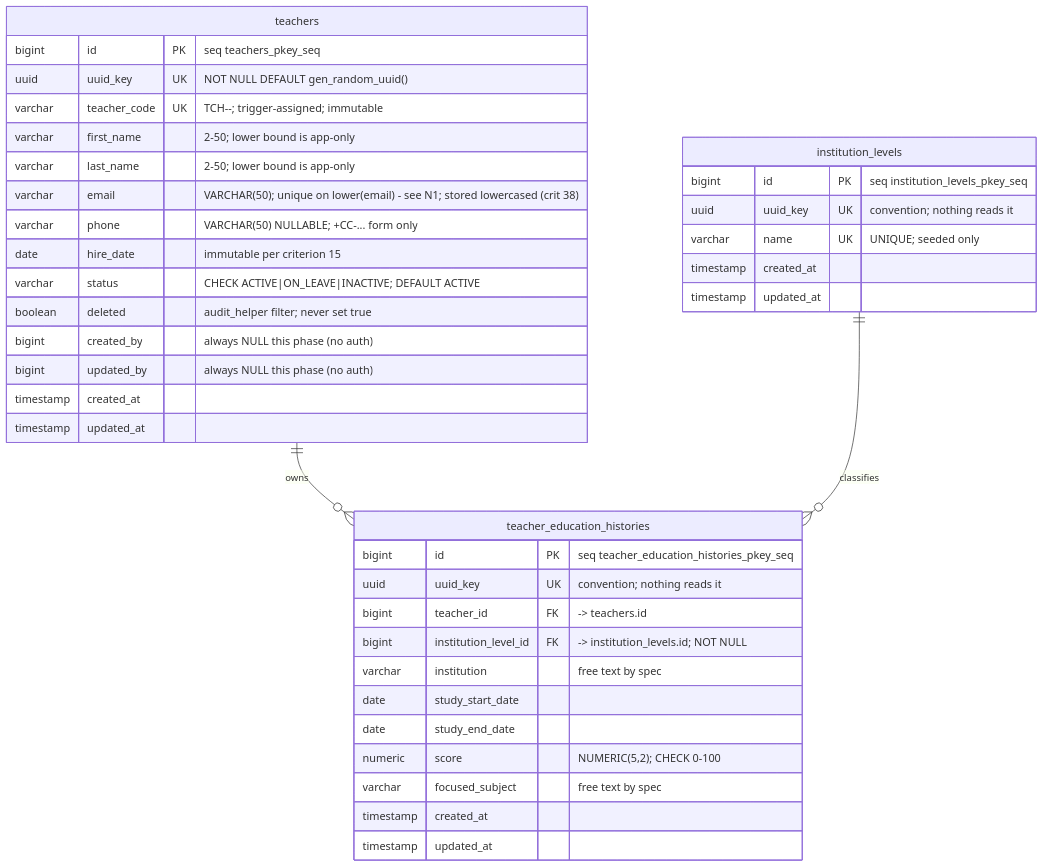
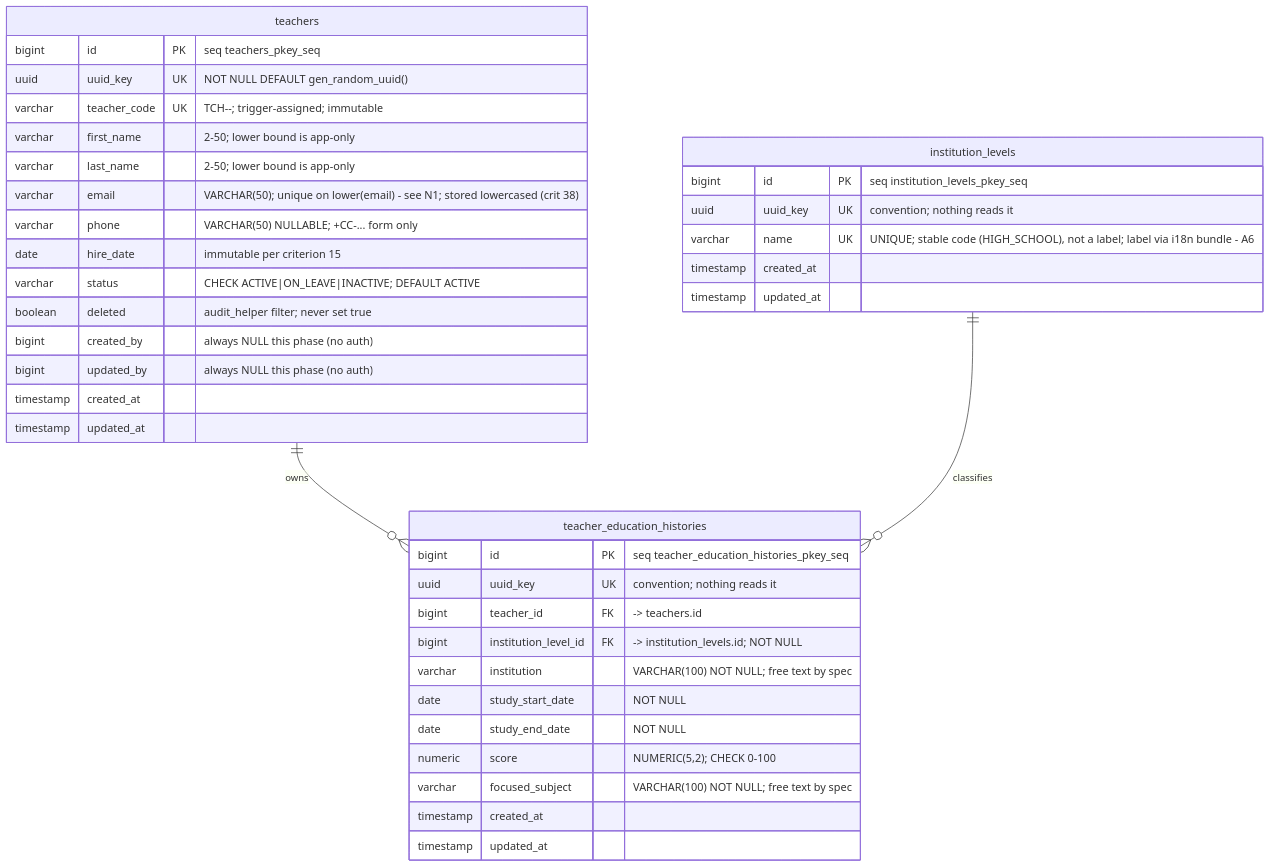
The diagram in docs/FEAT-001/database.md (william22913/sample-project), drawn with Mermaid before and after one commit. The commit also changed other lines of this file and 3 other files, not shown here.

First line of the commit message:
[ARC] FEAT-001: resync docs to v5 and add the service ERD

````diff
--- a/docs/FEAT-001/database.md
+++ b/docs/FEAT-001/database.md
@@ -81,44 +81,44 @@
 ```mermaid
 erDiagram
     teachers ||--o{ teacher_education_histories : "owns"
     institution_levels ||--o{ teacher_education_histories : "classifies"
 
     teachers {
         bigint    id           PK "seq teachers_pkey_seq"
         uuid      uuid_key     UK "NOT NULL DEFAULT gen_random_uuid()"
         varchar   teacher_code UK "TCH-<hire_year>-<id>; trigger-assigned; immutable"
         varchar   first_name      "2-50; lower bound is app-only"
         varchar   last_name       "2-50; lower bound is app-only"
         varchar   email           "VARCHAR(50); unique on lower(email) - see N1; stored lowercased (crit 38)"
         varchar   phone           "VARCHAR(50) NULLABLE; +CC-... form only"
         date      hire_date       "immutable per criterion 15"
         varchar   status          "CHECK ACTIVE|ON_LEAVE|INACTIVE; DEFAULT ACTIVE"
         boolean   deleted         "audit_helper filter; never set true"
         bigint    created_by      "always NULL this phase (no auth)"
         bigint    updated_by      "always NULL this phase (no auth)"
         timestamp created_at
         timestamp updated_at
     }
 
     institution_levels {
         bigint    id          PK "seq institution_levels_pkey_seq"
         uuid      uuid_key    UK "convention; nothing reads it"
-        varchar   name        UK "UNIQUE; seeded only"
+        varchar   name        UK "UNIQUE; stable code (HIGH_SCHOOL), not a label; label via i18n bundle - A6"
         timestamp created_at
         timestamp updated_at
     }
 
     teacher_education_histories {
         bigint    id                   PK "seq teacher_education_histories_pkey_seq"
         uuid      uuid_key             UK "convention; nothing reads it"
         bigint    teacher_id           FK "-> teachers.id"
         bigint    institution_level_id FK "-> institution_levels.id; NOT NULL"
-        varchar   institution             "free text by spec"
-        date      study_start_date
-        date      study_end_date
+        varchar   institution             "VARCHAR(100) NOT NULL; free text by spec"
+        date      study_start_date        "NOT NULL"
+        date      study_end_date          "NOT NULL"
         numeric   score                   "NUMERIC(5,2); CHECK 0-100"
-        varchar   focused_subject         "free text by spec"
+        varchar   focused_subject         "VARCHAR(100) NOT NULL; free text by spec"
         timestamp created_at
         timestamp updated_at
     }
 ```
````
